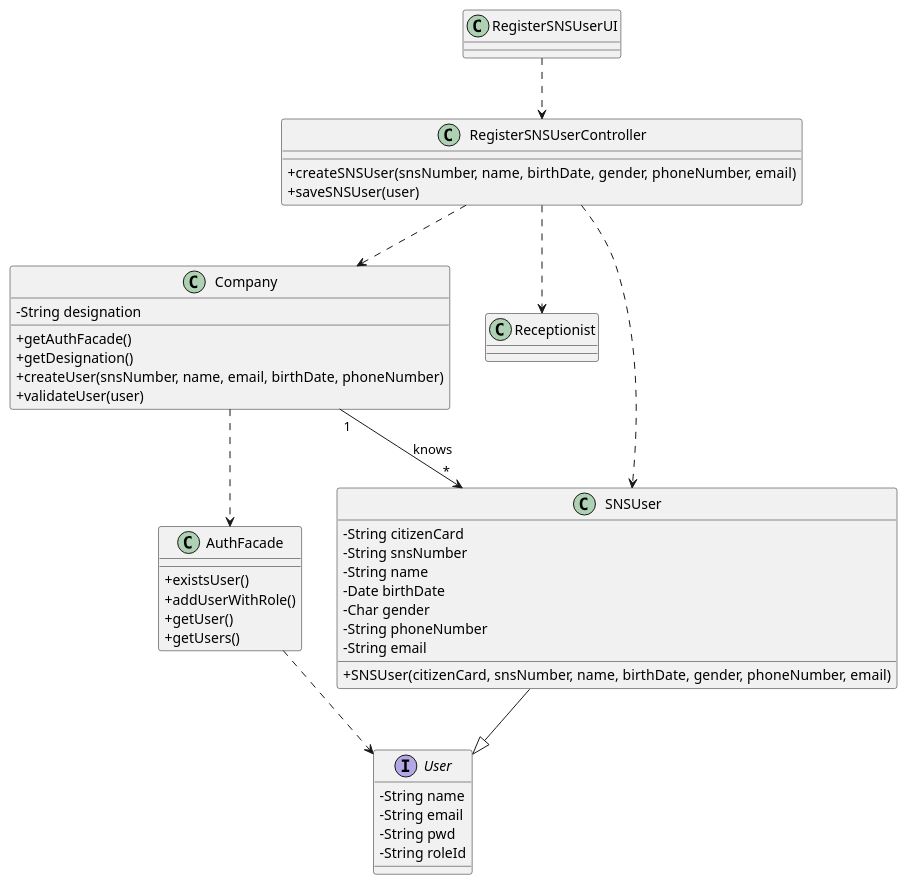
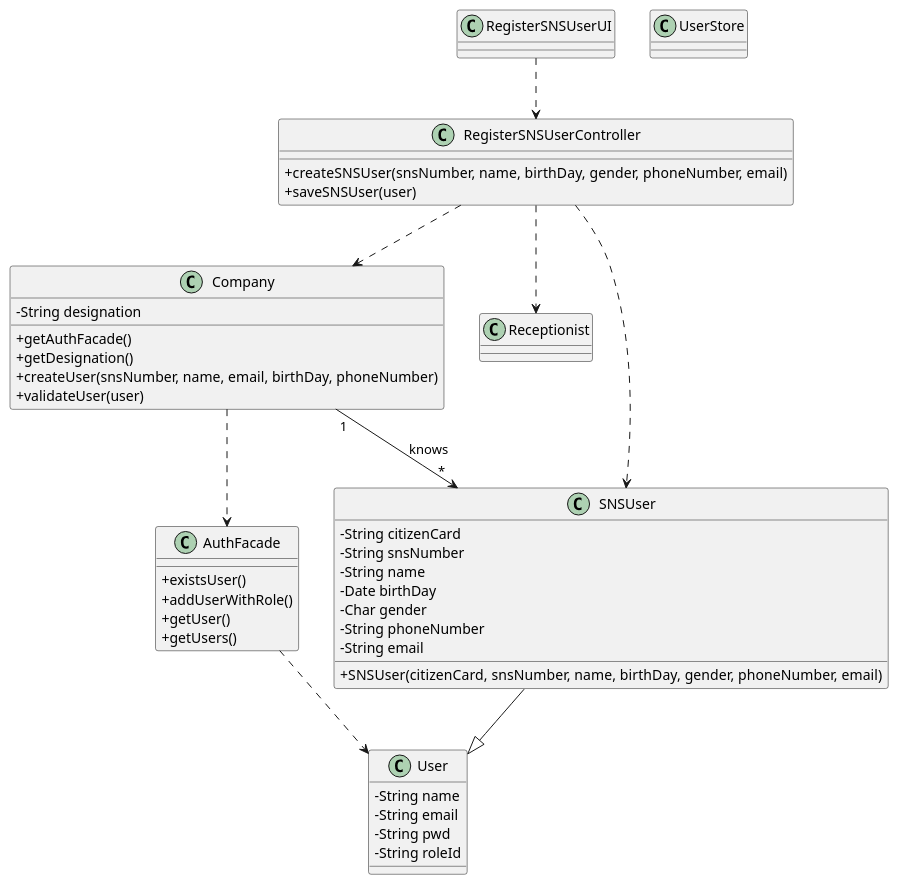
One commit to miseEnPlace-i/lapr2 changed the diagram in docs/SprintB/US03/CD/US03_CD.puml. Above: the diagram before and after it, drawn with PlantUML. The commit also changed 5 other files, not shown here.

Commit message:
docs(US03): minoor modifications in dm, changes in diagrams

```diff
--- a/docs/SprintB/US03/CD/US03_CD.puml
+++ b/docs/SprintB/US03/CD/US03_CD.puml
@@ -1,72 +1,74 @@
 @startuml Class Diagram
 skinparam classAttributeIconSize 0
 
 ' class ApplicationPOT {
 '   + static getInstance()
 '   + getCurrentSession()
 ' }
 
 class AuthFacade {
   + existsUser()
   + addUserWithRole()
   + getUser()
   + getUsers()
 }
 
 class Company {
   - String designation
   + getAuthFacade()
   + getDesignation()
-  + createUser(snsNumber, name, email, birthDate, phoneNumber)
+  + createUser(snsNumber, name, email, birthDay, phoneNumber)
   + validateUser(user)
 }
 
 class Receptionist {
 
 }
 
 class RegisterSNSUserController {
-  + createSNSUser(snsNumber, name, birthDate, gender, phoneNumber, email)
+  + createSNSUser(snsNumber, name, birthDay, gender, phoneNumber, email)
   + saveSNSUser(user)
 }
 
 class RegisterSNSUserUI { }
 
 class SNSUser {
   - String citizenCard
   - String snsNumber
   - String name
-  - Date birthDate
+  - Date birthDay
   - Char gender
   - String phoneNumber
   - String email
-  + SNSUser(citizenCard, snsNumber, name, birthDate, gender, phoneNumber, email)
+  + SNSUser(citizenCard, snsNumber, name, birthDay, gender, phoneNumber, email)
 }
 
-interface User {
+class User {
   - String name
   - String email
   - String pwd
   - String roleId
 }
+
+class UserStore { }
 
 ' class UserSession {
 '   + getUserEmail()
 ' }
 
 AuthFacade ..> User
 
 Company "1" --> "*" SNSUser : knows
 Company ..> AuthFacade
 
 ' RegisterSNSUserController ..> ApplicationPOT
 RegisterSNSUserController ..> Company
 RegisterSNSUserController ..> Receptionist
 RegisterSNSUserController ..> SNSUser
 ' RegisterSNSUserController ..> UserSession
 
 RegisterSNSUserUI ..> RegisterSNSUserController
 
 SNSUser --|> User
 
 @enduml
```
